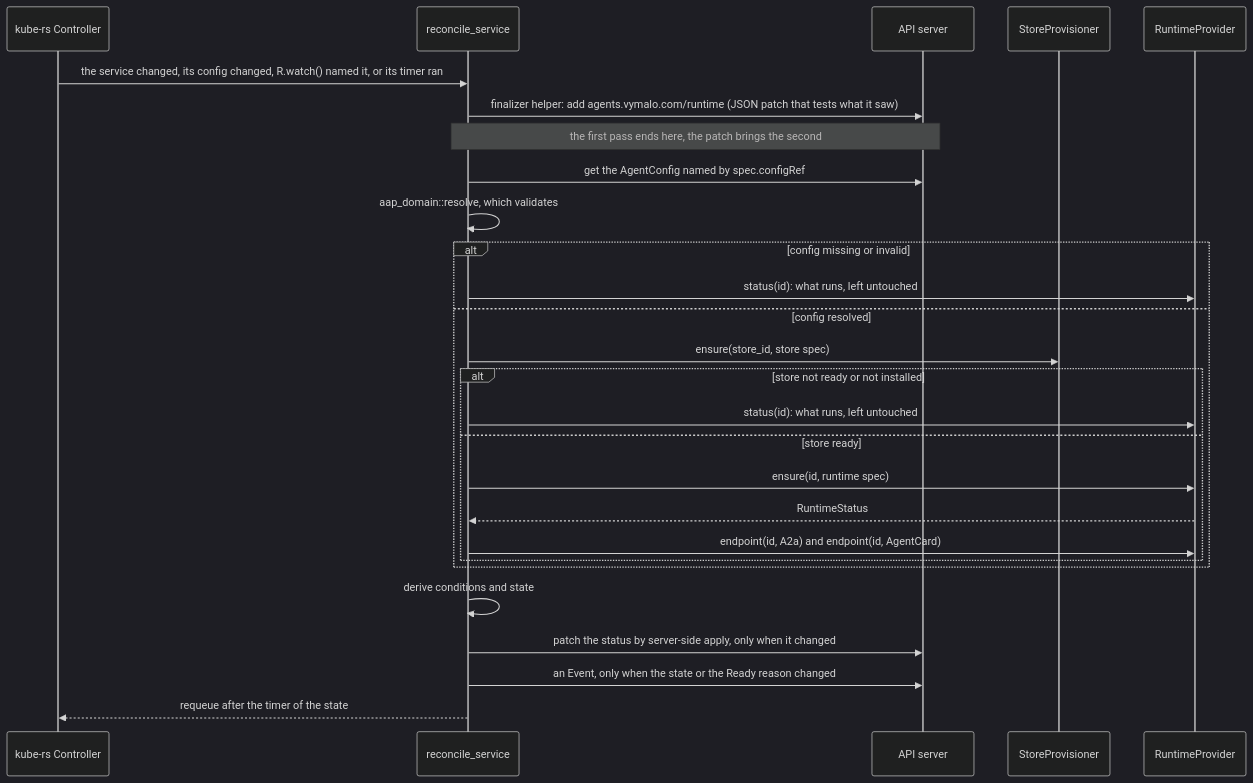
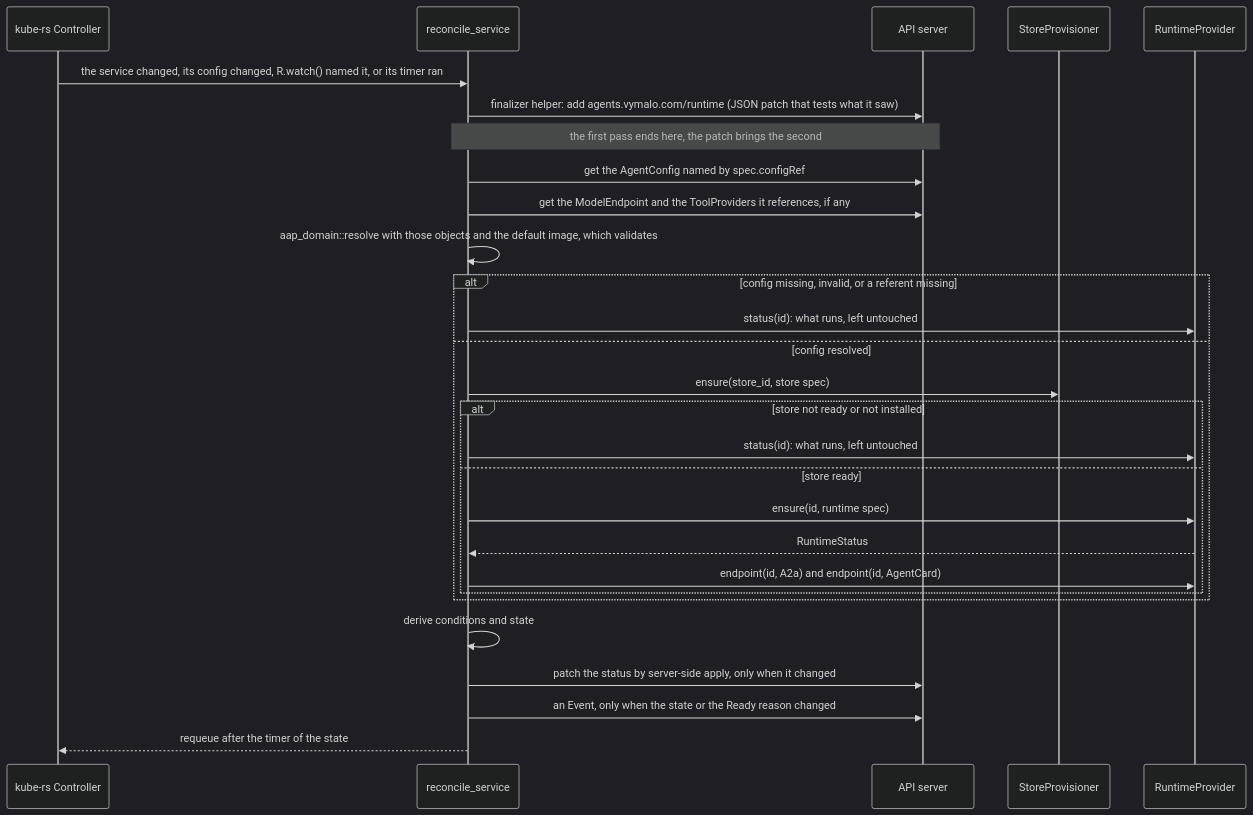
Before and after one commit to vymalo/another-agentic-platform: the first of 3 diagrams in crates/controller/README.md, drawn with Mermaid (dark theme). The commit also changed other lines of this file and 58 other files, not shown here.

First line of the commit message:
feat(operator): resolve the shared objects and the default image, and watch their kinds (D2) (#21)

````diff
--- a/crates/controller/README.md
+++ b/crates/controller/README.md
@@ -35,30 +36,31 @@
 ```mermaid
 sequenceDiagram
     participant K as kube-rs Controller
     participant C as reconcile_service
     participant A as API server
     participant S as StoreProvisioner
     participant R as RuntimeProvider
 
     K->>C: the service changed, its config changed, R.watch() named it, or its timer ran
     C->>A: finalizer helper: add agents.vymalo.com/runtime (JSON patch that tests what it saw)
     Note over C,A: the first pass ends here, the patch brings the second
     C->>A: get the AgentConfig named by spec.configRef
-    C->>C: aap_domain::resolve, which validates
-    alt config missing or invalid
+    C->>A: get the ModelEndpoint and the ToolProviders it references, if any
+    C->>C: aap_domain::resolve with those objects and the default image, which validates
+    alt config missing, invalid, or a referent missing
         C->>R: status(id): what runs, left untouched
     else config resolved
         C->>S: ensure(store_id, store spec)
         alt store not ready or not installed
             C->>R: status(id): what runs, left untouched
         else store ready
             C->>R: ensure(id, runtime spec)
             R-->>C: RuntimeStatus
             C->>R: endpoint(id, A2a) and endpoint(id, AgentCard)
         end
     end
     C->>C: derive conditions and state
     C->>A: patch the status by server-side apply, only when it changed
     C->>A: an Event, only when the state or the Ready reason changed
     C-->>K: requeue after the timer of the state
 ```
````
